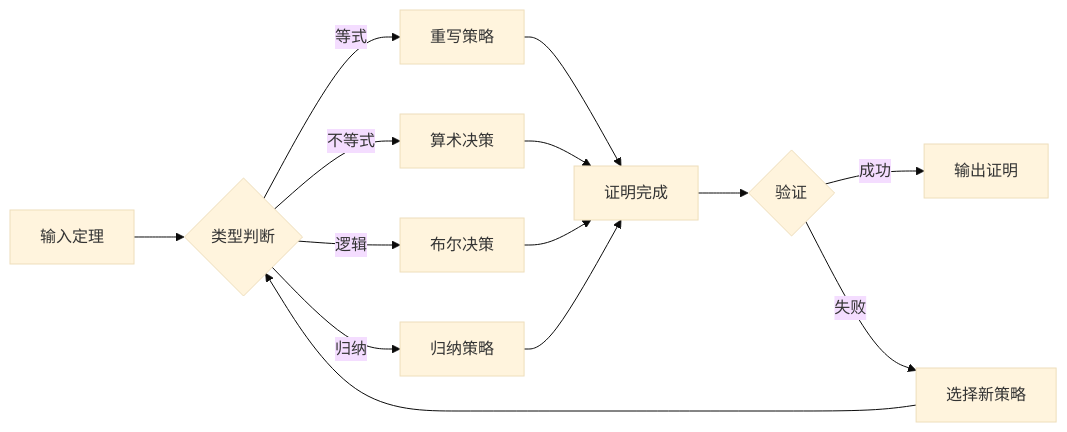
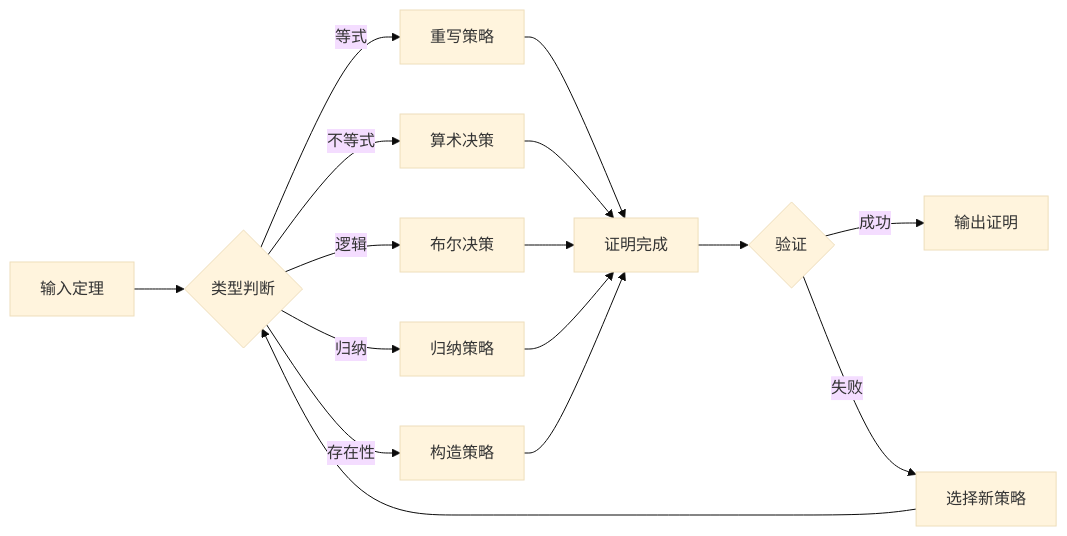
One commit to AdaMartin18010/GraphNetWorkCommunicate changed the second of 2 diagrams in docs/08-形式化证明/02-自动定理证明.md. Above: the diagram before and after it, drawn with Mermaid (base theme). The commit also changed other lines of this file and 13 other files, not shown here.

````diff
--- a/docs/08-形式化证明/02-自动定理证明.md
+++ b/docs/08-形式化证明/02-自动定理证明.md
@@ -397,18 +766,20 @@
 ```mermaid
 flowchart LR
     A[输入定理] --> B{类型判断}
     B -->|等式| C[重写策略]
     B -->|不等式| D[算术决策]
     B -->|逻辑| E[布尔决策]
     B -->|归纳| F[归纳策略]
+    B -->|存在性| G[构造策略]
     
-    C --> G[证明完成]
-    D --> G
-    E --> G
-    F --> G
+    C --> H[证明完成]
+    D --> H
+    E --> H
+    F --> H
+    G --> H
     
-    G --> H{验证}
-    H -->|成功| I[输出证明]
-    H -->|失败| J[选择新策略]
-    J --> B
+    H --> I{验证}
+    I -->|成功| J[输出证明]
+    I -->|失败| K[选择新策略]
+    K --> B
 ```
````
